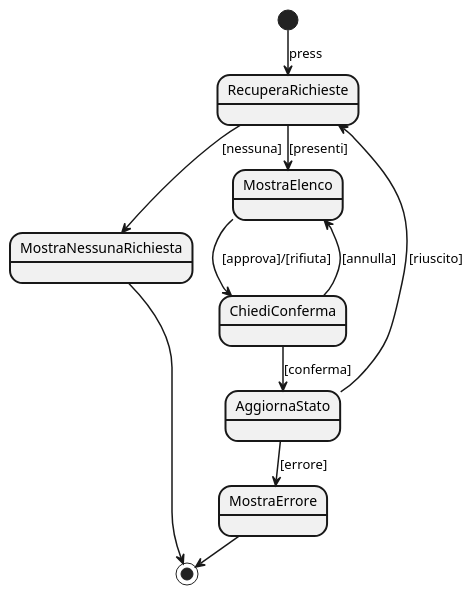
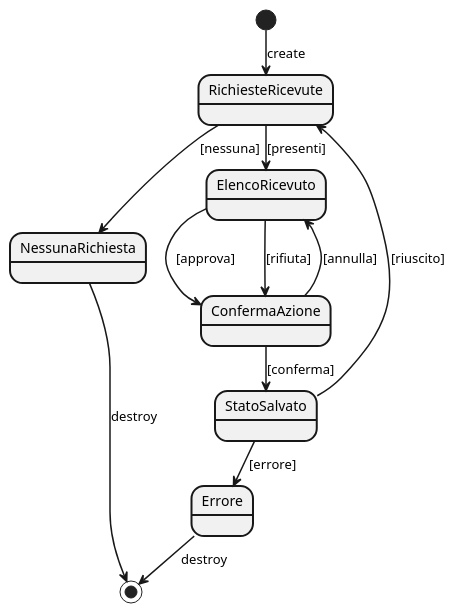
Before and after one commit to rdelvacchio/AmplyMus: the diagram in RAD/src/SCD/SCD_GM_6.plantuml, drawn with PlantUML. The commit also changed 15 other files, not shown here.

```diff
--- a/RAD/src/SCD/SCD_GM_6.plantuml
+++ b/RAD/src/SCD/SCD_GM_6.plantuml
@@ -1,26 +1,27 @@
 @startuml
 skinparam monochrome true
 skinparam shadowing false
 skinparam nodesep 25
 skinparam ranksep 25
 skinparam ArrowThickness 1.5
 skinparam state {
   BorderThickness 2
 }
 
-[*] --> RecuperaRichieste : press
+[*] --> RichiesteRicevute : create
 
-RecuperaRichieste --> MostraNessunaRichiesta : [nessuna]
-RecuperaRichieste --> MostraElenco : [presenti]
+RichiesteRicevute --> NessunaRichiesta : [nessuna]
+RichiesteRicevute --> ElencoRicevuto : [presenti]
 
-MostraNessunaRichiesta --> [*]
+NessunaRichiesta --> [*] : destroy
 
-MostraElenco --> ChiediConferma : [approva]/[rifiuta]
-ChiediConferma --> MostraElenco : [annulla]
-ChiediConferma --> AggiornaStato : [conferma]
+ElencoRicevuto --> ConfermaAzione : [approva]
+ElencoRicevuto --> ConfermaAzione : [rifiuta]
+ConfermaAzione --> ElencoRicevuto : [annulla]
+ConfermaAzione --> StatoSalvato : [conferma]
 
-AggiornaStato --> MostraErrore : [errore]
-AggiornaStato --> RecuperaRichieste : [riuscito]
+StatoSalvato --> Errore : [errore]
+StatoSalvato --> RichiesteRicevute : [riuscito]
 
-MostraErrore --> [*]
+Errore --> [*] : destroy
 @enduml
```
